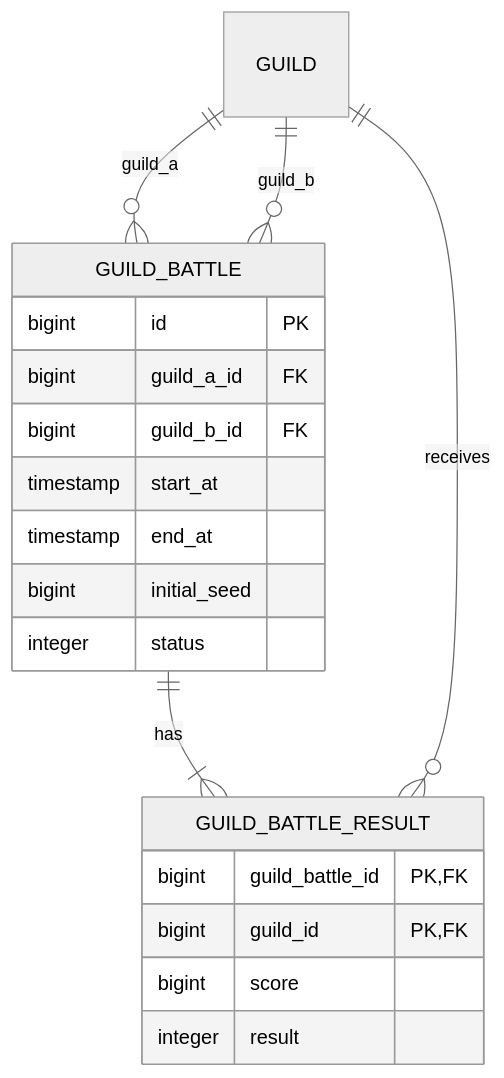
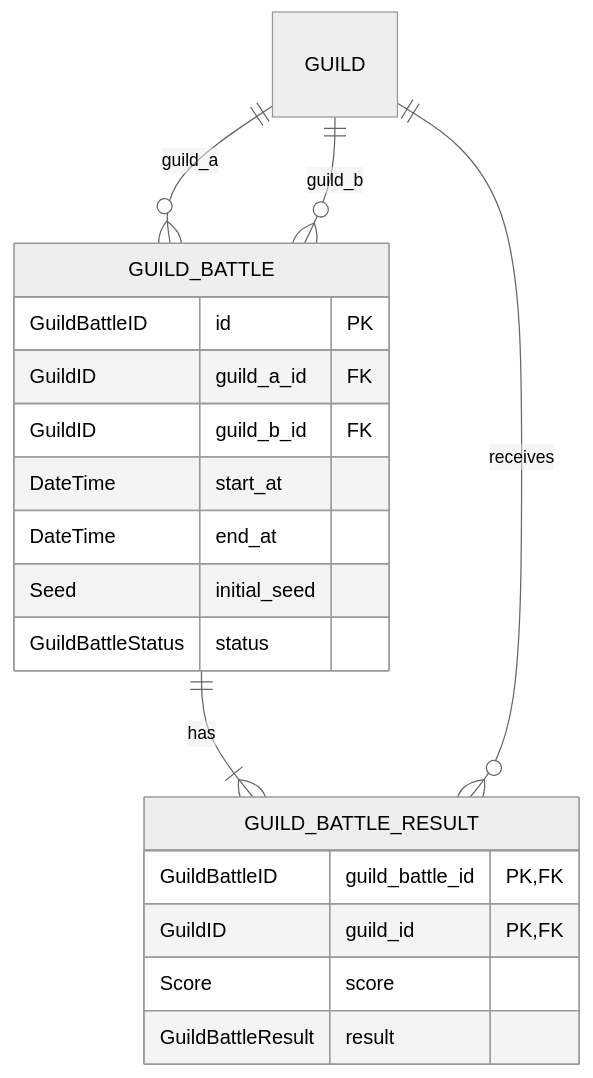
The fifth of 5 diagrams in data_base.md (ReHydrangeaOdyssey/Specifications), drawn with Mermaid (neutral theme) before and after one commit. The commit also changed other lines of this file and 15 other files, not shown here.

````diff
--- a/data_base.md
+++ b/data_base.md
@@ -189,24 +190,24 @@
 ```mermaid
 erDiagram
     GUILD_BATTLE {
-        bigint id PK
-        bigint guild_a_id FK
-        bigint guild_b_id FK
-        timestamp start_at
-        timestamp end_at
-        bigint initial_seed
-        integer status
+        GuildBattleID id PK
+        GuildID guild_a_id FK
+        GuildID guild_b_id FK
+        DateTime start_at
+        DateTime end_at
+        Seed initial_seed
+        GuildBattleStatus status
     }
 
     GUILD_BATTLE_RESULT {
-        bigint guild_battle_id PK, FK
-        bigint guild_id PK, FK
-        bigint score
-        integer result
+        GuildBattleID guild_battle_id PK, FK
+        GuildID guild_id PK, FK
+        Score score
+        GuildBattleResult result
     }
 
     GUILD ||--o{ GUILD_BATTLE : guild_a
     GUILD ||--o{ GUILD_BATTLE : guild_b
     GUILD_BATTLE ||--|{ GUILD_BATTLE_RESULT : has
     GUILD ||--o{ GUILD_BATTLE_RESULT : receives
 ```
````
